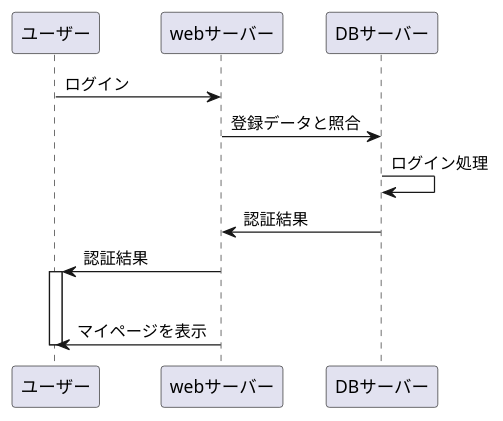
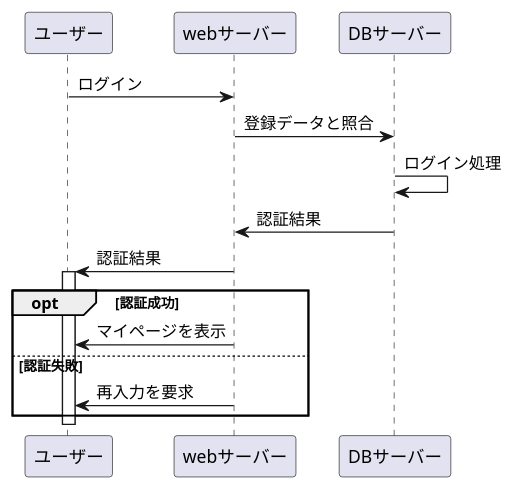
Before and after one commit to Aso2001163/2021sys-design: the diagram in MYHPflow1.md, drawn with PlantUML.

````diff
--- a/MYHPflow1.md
+++ b/MYHPflow1.md
@@ -1,19 +1,21 @@
 ```uml
 @startuml
 ユーザー -> webサーバー : ログイン
 webサーバー -> DBサーバー : 登録データと照合
 DBサーバー -> DBサーバー : ログイン処理
 DBサーバー -> webサーバー : 認証結果
 webサーバー -> ユーザー : 認証結果
 
 activate ユーザー
 
 opt 認証成功
 webサーバー -> ユーザー : マイページを表示
 
-
+else 認証失敗
+webサーバー -> ユーザー : 再入力を要求
+end
 
 deactivate ユーザー
 
 @enduml
 ```
````
